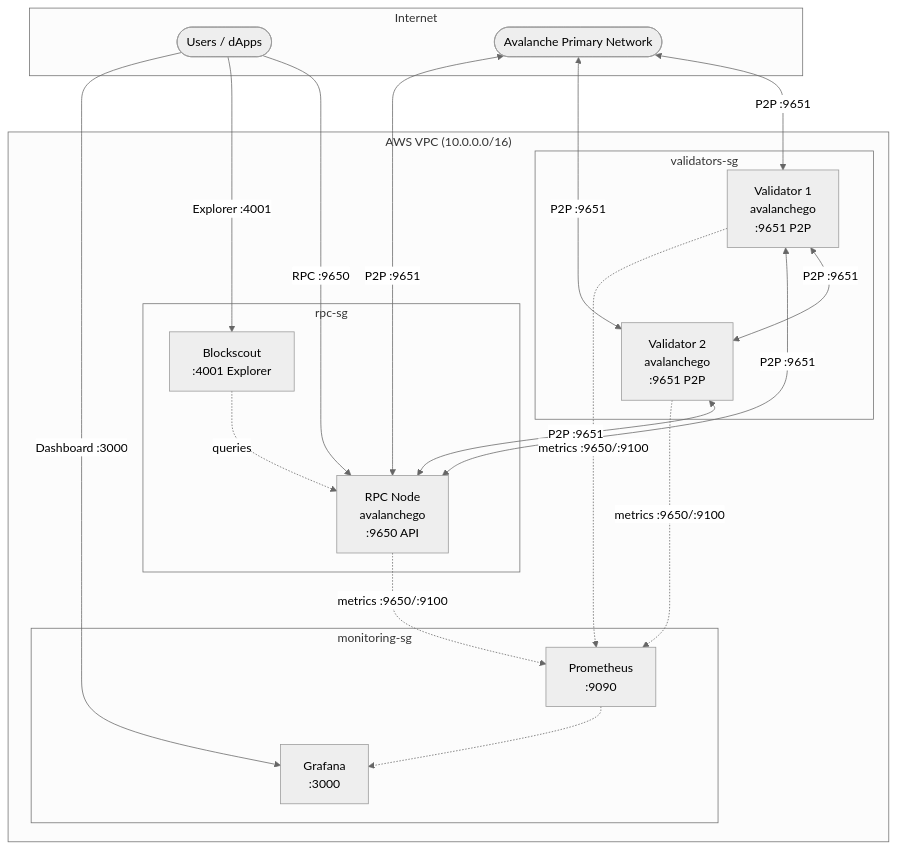
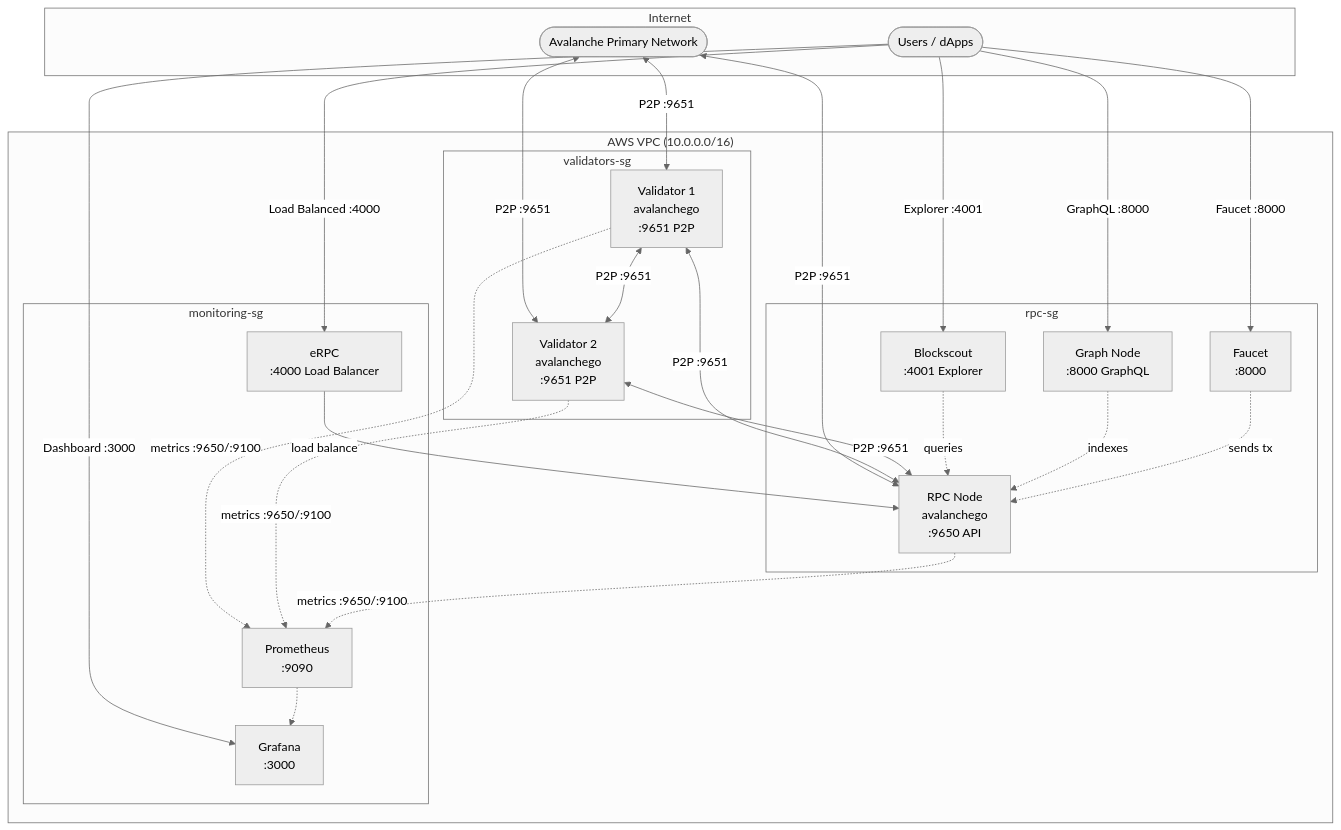
Before and after one commit to ava-labs/avalanche-deploy: the diagram in README.md, drawn with Mermaid (neutral theme). The commit also changed other lines of this file and 28 other files, not shown here.

````diff
--- a/README.md
+++ b/README.md
@@ -36,43 +40,51 @@
 ```mermaid
 flowchart TB
     subgraph Internet
         Users([Users / dApps])
         PrimaryNetwork([Avalanche Primary Network])
     end
 
     subgraph VPC["AWS VPC (10.0.0.0/16)"]
         subgraph ValidatorsSG["validators-sg"]
             V1[Validator 1<br/>avalanchego<br/>:9651 P2P]
             V2[Validator 2<br/>avalanchego<br/>:9651 P2P]
         end
 
         subgraph RPCSG["rpc-sg"]
             RPC[RPC Node<br/>avalanchego<br/>:9650 API]
             Blockscout[Blockscout<br/>:4001 Explorer]
+            Faucet[Faucet<br/>:8000]
+            GraphNode[Graph Node<br/>:8000 GraphQL]
         end
 
         subgraph MonitoringSG["monitoring-sg"]
             Prometheus[Prometheus<br/>:9090]
             Grafana[Grafana<br/>:3000]
+            eRPC[eRPC<br/>:4000 Load Balancer]
         end
     end
 
     PrimaryNetwork <-->|P2P :9651| V1
     PrimaryNetwork <-->|P2P :9651| V2
     PrimaryNetwork <-->|P2P :9651| RPC
 
     V1 <-->|P2P :9651| V2
     V1 <-->|P2P :9651| RPC
     V2 <-->|P2P :9651| RPC
 
-    Users -->|RPC :9650| RPC
+    Users -->|Load Balanced :4000| eRPC
     Users -->|Explorer :4001| Blockscout
     Users -->|Dashboard :3000| Grafana
+    Users -->|GraphQL :8000| GraphNode
+    Users -->|Faucet :8000| Faucet
 
+    eRPC -->|load balance| RPC
     Blockscout -.->|queries| RPC
+    GraphNode -.->|indexes| RPC
+    Faucet -.->|sends tx| RPC
 
     V1 -.->|metrics :9650/:9100| Prometheus
     V2 -.->|metrics :9650/:9100| Prometheus
     RPC -.->|metrics :9650/:9100| Prometheus
     Prometheus -.-> Grafana
 ```
````
